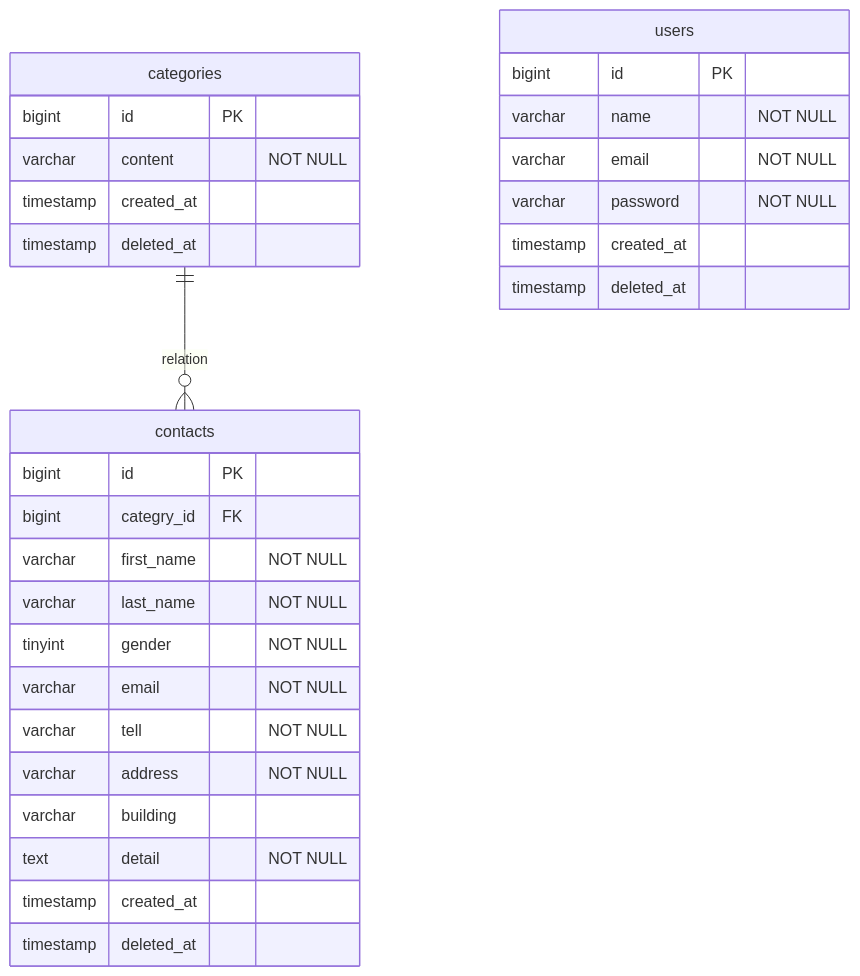
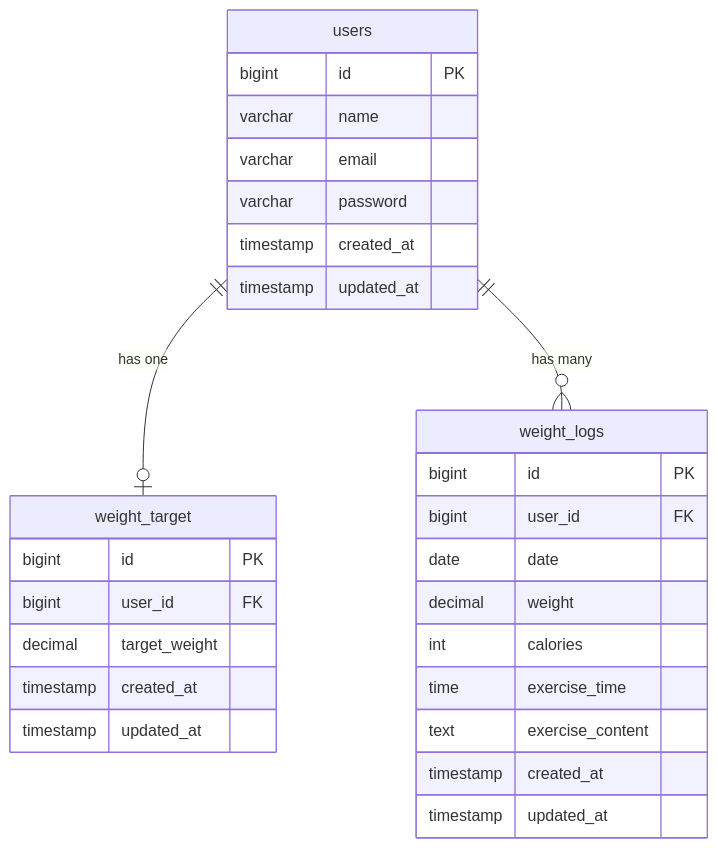
One commit to sae0715/Pigry changed the diagram in README.md. Above: the diagram before and after it, drawn with Mermaid. The commit also changed other lines of this file, not shown here.

````diff
--- a/README.md
+++ b/README.md
@@ -28,36 +9,32 @@
 ```mermaid
 erDiagram
+    users {
+        bigint id PK
+        varchar name
+        varchar email
+        varchar password
+        timestamp created_at
+        timestamp updated_at
+    }
+    weight_target {
+        bigint id PK
+        bigint user_id FK
+        decimal target_weight
+        timestamp created_at
+        timestamp updated_at
+    }
+    weight_logs {
+        bigint id PK
+        bigint user_id FK
+        date date
+        decimal weight
+        int calories
+        time exercise_time
+        text exercise_content
+        timestamp created_at
+        timestamp updated_at
+    }
 
-  categories ||--o{ contacts: "relation"
-
-  contacts {
-    bigint id PK
-    bigint categry_id FK
-    varchar first_name "NOT NULL"
-    varchar last_name "NOT NULL"
-    tinyint gender "NOT NULL"
-    varchar email "NOT NULL"
-    varchar tell "NOT NULL"
-    varchar address "NOT NULL"
-    varchar building
-    text detail "NOT NULL"
-    timestamp created_at
-    timestamp deleted_at
-  }
-
-   categories{
-    bigint id PK
-    varchar content "NOT NULL"
-    timestamp created_at
-    timestamp deleted_at
-  }
-
-  users {
-    bigint id PK
-    varchar name "NOT NULL"
-    varchar email "NOT NULL"
-    varchar password "NOT NULL"
-    timestamp created_at
-    timestamp deleted_at
-  }
+    users ||--o| weight_target : "has one"
+    users ||--o{ weight_logs : "has many"
 ```
````
